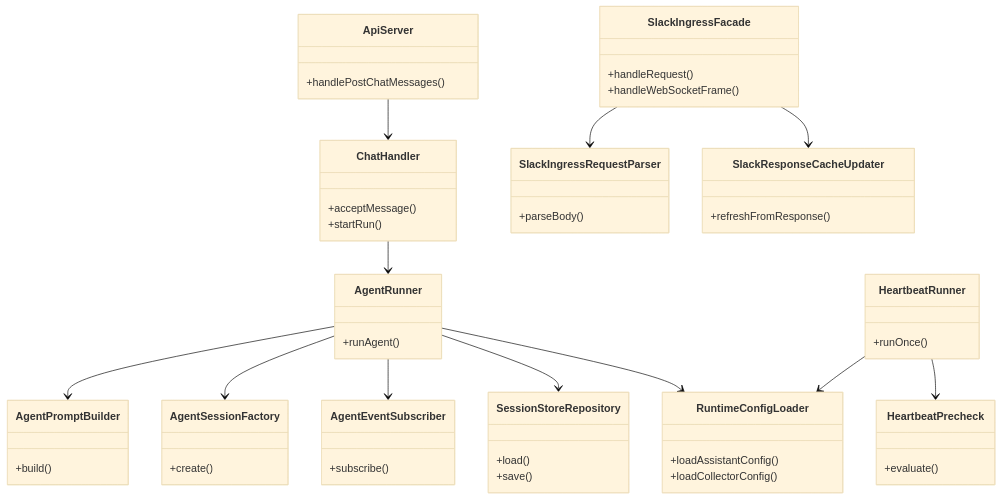
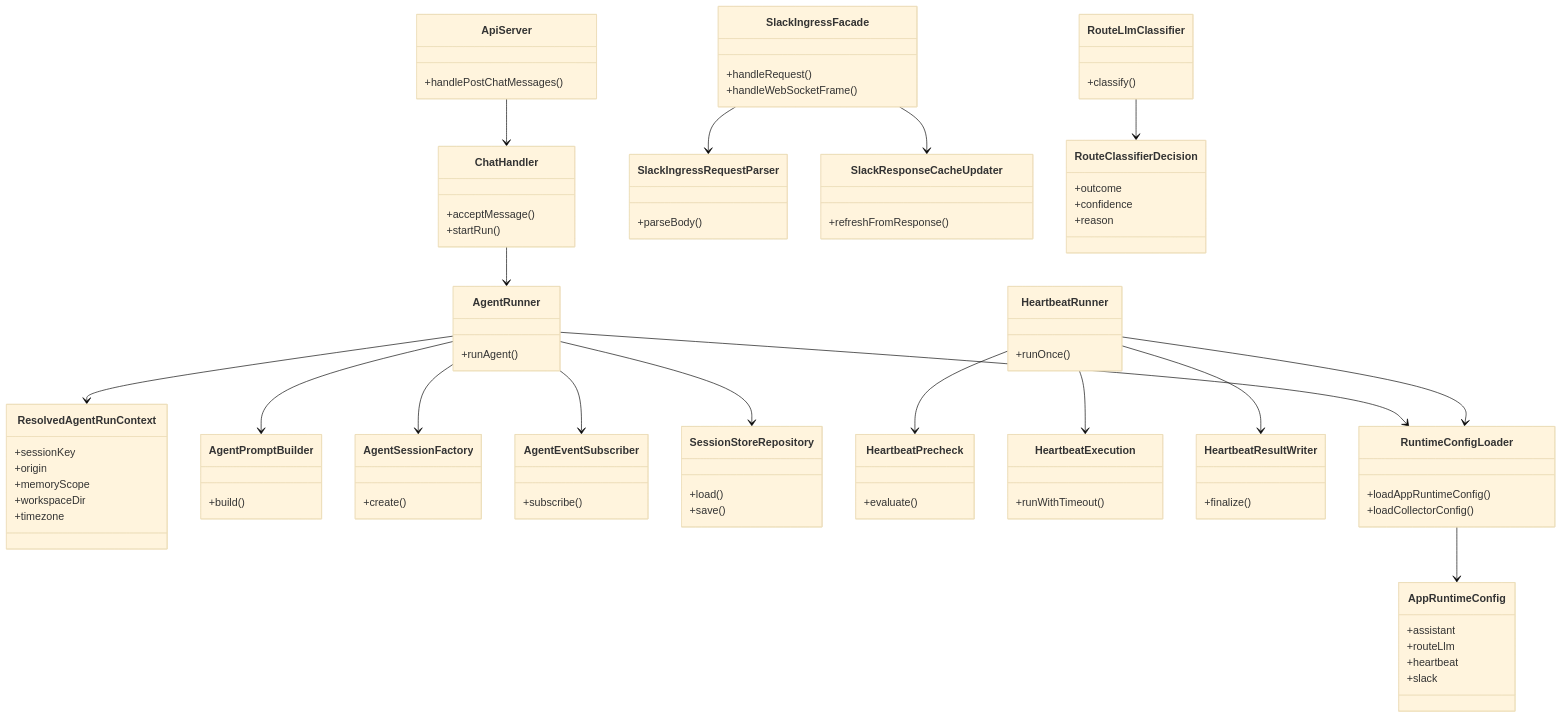
Before and after one commit to masahide/adjutant: the first of 2 diagrams in doc/plan/260222-s01-core-refactor-solid-kiss-yagni-dry.md, drawn with Mermaid (base theme). The commit also changed other lines of this file and 21 other files, not shown here.

````diff
--- a/doc/plan/260222-s01-core-refactor-solid-kiss-yagni-dry.md
+++ b/doc/plan/260222-s01-core-refactor-solid-kiss-yagni-dry.md
@@ -225,6 +227,14 @@
 
   class AgentRunner {
     +runAgent()
+  }
+
+  class ResolvedAgentRunContext {
+    +sessionKey
+    +origin
+    +memoryScope
+    +workspaceDir
+    +timezone
   }
 
   class AgentPromptBuilder {
@@ -252,6 +262,14 @@
     +evaluate()
   }
 
+  class HeartbeatExecution {
+    +runWithTimeout()
+  }
+
+  class HeartbeatResultWriter {
+    +finalize()
+  }
+
   class SlackIngressFacade {
     +handleRequest()
     +handleWebSocketFrame()
@@ -266,19 +284,41 @@
   }
 
   class RuntimeConfigLoader {
-    +loadAssistantConfig()
+    +loadAppRuntimeConfig()
     +loadCollectorConfig()
+  }
+
+  class AppRuntimeConfig {
+    +assistant
+    +routeLlm
+    +heartbeat
+    +slack
+  }
+
+  class RouteClassifierDecision {
+    +outcome
+    +confidence
+    +reason
+  }
+
+  class RouteLlmClassifier {
+    +classify()
   }
 
   ApiServer --> ChatHandler
   ChatHandler --> AgentRunner
+  AgentRunner --> ResolvedAgentRunContext
   AgentRunner --> AgentPromptBuilder
   AgentRunner --> AgentSessionFactory
   AgentRunner --> AgentEventSubscriber
   AgentRunner --> SessionStoreRepository
   HeartbeatRunner --> HeartbeatPrecheck
+  HeartbeatRunner --> HeartbeatExecution
+  HeartbeatRunner --> HeartbeatResultWriter
   SlackIngressFacade --> SlackIngressRequestParser
   SlackIngressFacade --> SlackResponseCacheUpdater
   AgentRunner --> RuntimeConfigLoader
   HeartbeatRunner --> RuntimeConfigLoader
+  RuntimeConfigLoader --> AppRuntimeConfig
+  RouteLlmClassifier --> RouteClassifierDecision
 ```
````
